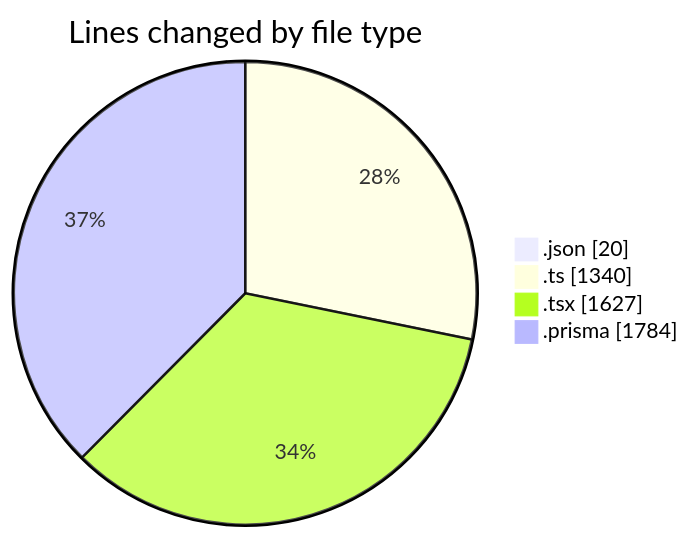
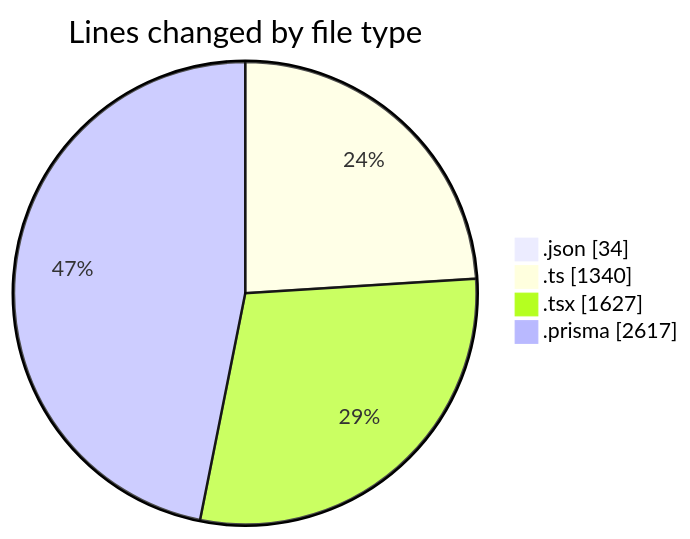
Before and after one commit to CELIANVF/code-tracking: the first of 2 diagrams in 2025-05-15/ecodeli-1/README.md, drawn with Mermaid. The commit also changed other lines of this file and 1 other file, not shown here.

````diff
--- a/2025-05-15/ecodeli-1/README.md
+++ b/2025-05-15/ecodeli-1/README.md
@@ -31,8 +31,8 @@
 ```mermaid
 pie showData
 title Lines changed by file type
-".json" : 20
+".json" : 34
 ".ts" : 1340
 ".tsx" : 1627
-".prisma" : 1784
+".prisma" : 2617
 ```
````
